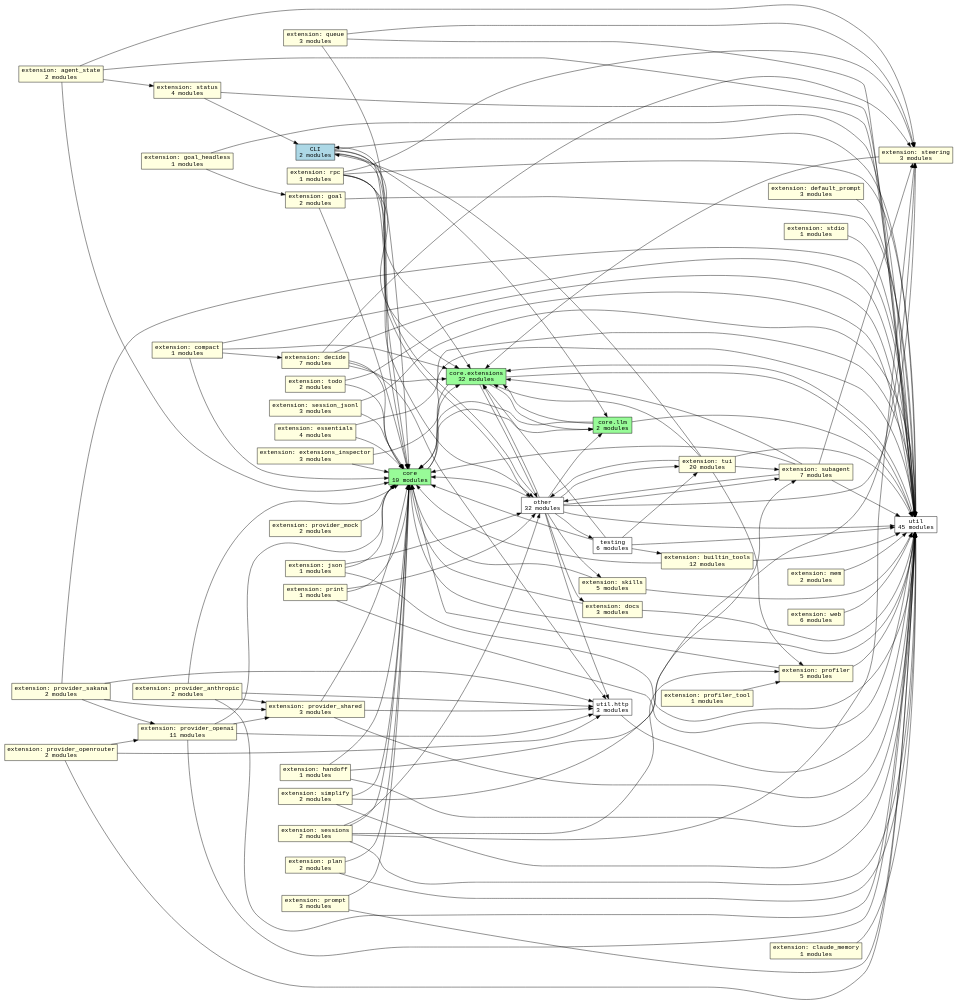
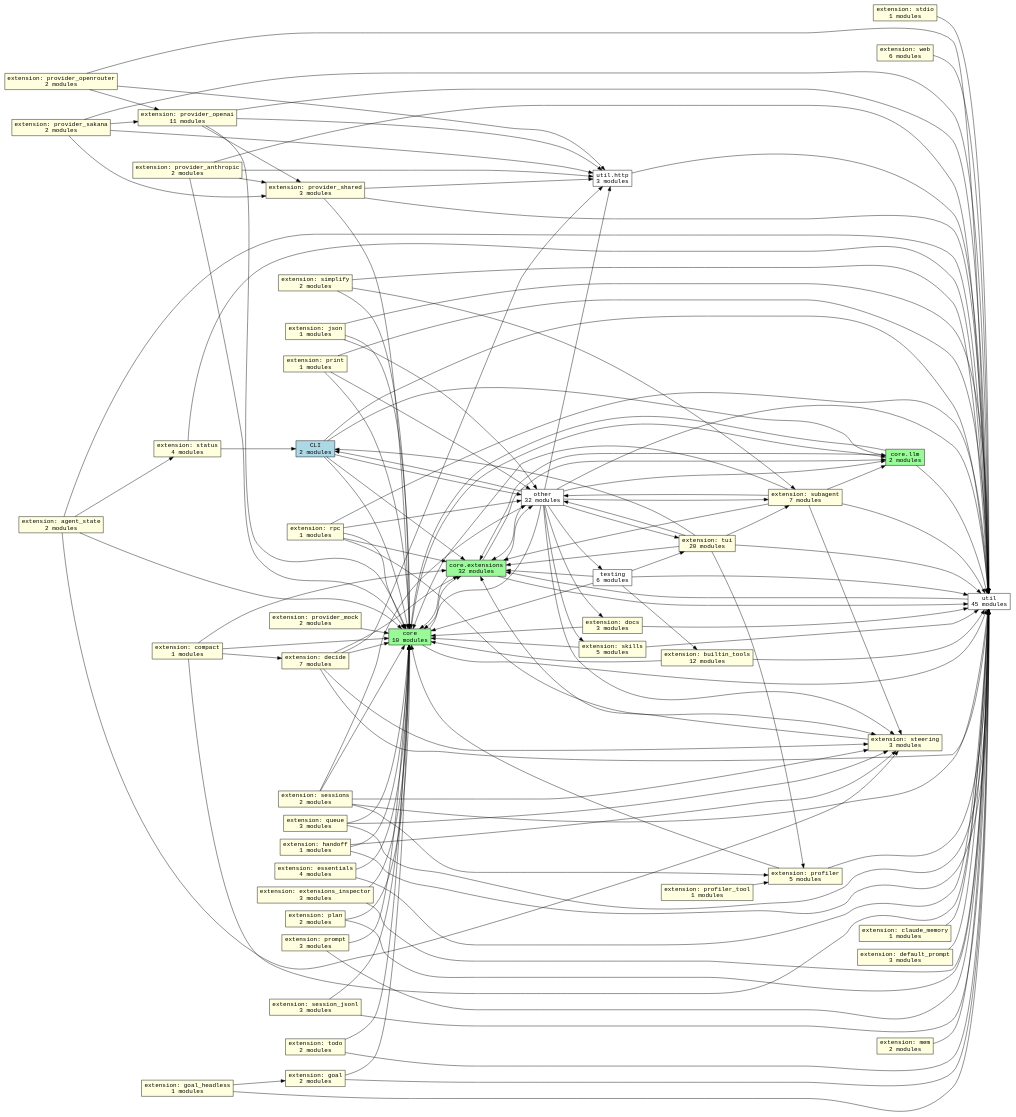
One commit to acmiyaguchi/fen changed the diagram in docs/graphs/subsystems.dot. Above: the diagram before and after it, drawn with Graphviz. The commit also changed 11 other files, not shown here.

```diff
--- a/docs/graphs/subsystems.dot
+++ b/docs/graphs/subsystems.dot
@@ -1,186 +1,187 @@
 digraph fen_subsystems {
   graph [rankdir=LR];
   node [shape=box, fontname="monospace"];
   edge [fontname="monospace"];
   "cli" [fillcolor="lightblue", label="CLI\n2 modules", style="filled"];
   "core" [fillcolor="palegreen", label="core\n10 modules", style="filled"];
   "core.extensions" [fillcolor="palegreen", label="core.extensions\n32 modules", style="filled"];
   "core.llm" [fillcolor="palegreen", label="core.llm\n2 modules", style="filled"];
   "extension.agent_state" [fillcolor="lightyellow", label="extension: agent_state\n2 modules", style="filled"];
   "extension.builtin_tools" [fillcolor="lightyellow", label="extension: builtin_tools\n12 modules", style="filled"];
   "extension.claude_memory" [fillcolor="lightyellow", label="extension: claude_memory\n1 modules", style="filled"];
   "extension.compact" [fillcolor="lightyellow", label="extension: compact\n1 modules", style="filled"];
   "extension.decide" [fillcolor="lightyellow", label="extension: decide\n7 modules", style="filled"];
   "extension.default_prompt" [fillcolor="lightyellow", label="extension: default_prompt\n3 modules", style="filled"];
   "extension.docs" [fillcolor="lightyellow", label="extension: docs\n3 modules", style="filled"];
   "extension.essentials" [fillcolor="lightyellow", label="extension: essentials\n4 modules", style="filled"];
   "extension.extensions_inspector" [fillcolor="lightyellow", label="extension: extensions_inspector\n3 modules", style="filled"];
   "extension.goal" [fillcolor="lightyellow", label="extension: goal\n2 modules", style="filled"];
   "extension.goal_headless" [fillcolor="lightyellow", label="extension: goal_headless\n1 modules", style="filled"];
   "extension.handoff" [fillcolor="lightyellow", label="extension: handoff\n1 modules", style="filled"];
   "extension.json" [fillcolor="lightyellow", label="extension: json\n1 modules", style="filled"];
   "extension.mem" [fillcolor="lightyellow", label="extension: mem\n2 modules", style="filled"];
   "extension.plan" [fillcolor="lightyellow", label="extension: plan\n2 modules", style="filled"];
   "extension.print" [fillcolor="lightyellow", label="extension: print\n1 modules", style="filled"];
   "extension.profiler" [fillcolor="lightyellow", label="extension: profiler\n5 modules", style="filled"];
   "extension.profiler_tool" [fillcolor="lightyellow", label="extension: profiler_tool\n1 modules", style="filled"];
   "extension.prompt" [fillcolor="lightyellow", label="extension: prompt\n3 modules", style="filled"];
   "extension.provider_anthropic" [fillcolor="lightyellow", label="extension: provider_anthropic\n2 modules", style="filled"];
   "extension.provider_mock" [fillcolor="lightyellow", label="extension: provider_mock\n2 modules", style="filled"];
   "extension.provider_openai" [fillcolor="lightyellow", label="extension: provider_openai\n11 modules", style="filled"];
   "extension.provider_openrouter" [fillcolor="lightyellow", label="extension: provider_openrouter\n2 modules", style="filled"];
   "extension.provider_sakana" [fillcolor="lightyellow", label="extension: provider_sakana\n2 modules", style="filled"];
   "extension.provider_shared" [fillcolor="lightyellow", label="extension: provider_shared\n3 modules", style="filled"];
   "extension.queue" [fillcolor="lightyellow", label="extension: queue\n3 modules", style="filled"];
   "extension.rpc" [fillcolor="lightyellow", label="extension: rpc\n1 modules", style="filled"];
   "extension.session_jsonl" [fillcolor="lightyellow", label="extension: session_jsonl\n3 modules", style="filled"];
   "extension.sessions" [fillcolor="lightyellow", label="extension: sessions\n2 modules", style="filled"];
   "extension.simplify" [fillcolor="lightyellow", label="extension: simplify\n2 modules", style="filled"];
   "extension.skills" [fillcolor="lightyellow", label="extension: skills\n5 modules", style="filled"];
   "extension.status" [fillcolor="lightyellow", label="extension: status\n4 modules", style="filled"];
   "extension.stdio" [fillcolor="lightyellow", label="extension: stdio\n1 modules", style="filled"];
   "extension.steering" [fillcolor="lightyellow", label="extension: steering\n3 modules", style="filled"];
   "extension.subagent" [fillcolor="lightyellow", label="extension: subagent\n7 modules", style="filled"];
   "extension.todo" [fillcolor="lightyellow", label="extension: todo\n2 modules", style="filled"];
   "extension.tui" [fillcolor="lightyellow", label="extension: tui\n20 modules", style="filled"];
   "extension.web" [fillcolor="lightyellow", label="extension: web\n6 modules", style="filled"];
   "other" [fillcolor="white", label="other\n32 modules", style="filled"];
   "testing" [fillcolor="white", label="testing\n6 modules", style="filled"];
   "util" [fillcolor="white", label="util\n45 modules", style="filled"];
   "util.http" [fillcolor="white", label="util.http\n3 modules", style="filled"];
   "cli" -> "core";
   "cli" -> "core.extensions";
   "cli" -> "core.llm";
   "cli" -> "other";
   "cli" -> "util";
   "core" -> "core.extensions";
   "core" -> "core.llm";
   "core" -> "util";
   "core.extensions" -> "core";
   "core.extensions" -> "core.llm";
   "core.extensions" -> "other";
   "core.extensions" -> "util";
   "core.llm" -> "core";
   "core.llm" -> "core.extensions";
   "core.llm" -> "util";
   "extension.agent_state" -> "core";
   "extension.agent_state" -> "extension.status";
   "extension.agent_state" -> "extension.steering";
   "extension.agent_state" -> "util";
   "extension.builtin_tools" -> "core";
   "extension.builtin_tools" -> "util";
   "extension.claude_memory" -> "util";
   "extension.compact" -> "core";
   "extension.compact" -> "core.extensions";
   "extension.compact" -> "extension.decide";
   "extension.compact" -> "util";
   "extension.decide" -> "core";
   "extension.decide" -> "core.extensions";
   "extension.decide" -> "extension.steering";
   "extension.decide" -> "util";
   "extension.decide" -> "util.http";
   "extension.default_prompt" -> "util";
   "extension.docs" -> "core";
   "extension.docs" -> "util";
   "extension.essentials" -> "core";
   "extension.essentials" -> "util";
   "extension.extensions_inspector" -> "core";
   "extension.extensions_inspector" -> "util";
   "extension.goal" -> "core";
   "extension.goal" -> "util";
   "extension.goal_headless" -> "extension.goal";
   "extension.goal_headless" -> "util";
   "extension.handoff" -> "core";
   "extension.handoff" -> "extension.steering";
   "extension.handoff" -> "util";
   "extension.json" -> "core";
   "extension.json" -> "other";
   "extension.json" -> "util";
   "extension.mem" -> "util";
   "extension.plan" -> "core";
   "extension.plan" -> "util";
   "extension.print" -> "core";
   "extension.print" -> "other";
   "extension.print" -> "util";
   "extension.profiler" -> "core";
   "extension.profiler" -> "util";
   "extension.profiler_tool" -> "extension.profiler";
   "extension.prompt" -> "core";
   "extension.prompt" -> "util";
   "extension.provider_anthropic" -> "core";
   "extension.provider_anthropic" -> "extension.provider_shared";
   "extension.provider_anthropic" -> "util";
   "extension.provider_anthropic" -> "util.http";
   "extension.provider_mock" -> "core";
   "extension.provider_openai" -> "core";
   "extension.provider_openai" -> "extension.provider_shared";
   "extension.provider_openai" -> "util";
   "extension.provider_openai" -> "util.http";
   "extension.provider_openrouter" -> "extension.provider_openai";
   "extension.provider_openrouter" -> "util";
   "extension.provider_openrouter" -> "util.http";
   "extension.provider_sakana" -> "extension.provider_openai";
   "extension.provider_sakana" -> "extension.provider_shared";
   "extension.provider_sakana" -> "util";
   "extension.provider_sakana" -> "util.http";
   "extension.provider_shared" -> "core";
   "extension.provider_shared" -> "util";
   "extension.provider_shared" -> "util.http";
   "extension.queue" -> "core";
   "extension.queue" -> "extension.steering";
   "extension.queue" -> "util";
   "extension.rpc" -> "core";
   "extension.rpc" -> "core.extensions";
   "extension.rpc" -> "extension.steering";
   "extension.rpc" -> "other";
   "extension.rpc" -> "util";
   "extension.session_jsonl" -> "core";
   "extension.session_jsonl" -> "util";
   "extension.sessions" -> "core";
   "extension.sessions" -> "extension.profiler";
   "extension.sessions" -> "extension.steering";
   "extension.sessions" -> "other";
   "extension.sessions" -> "util";
   "extension.simplify" -> "core";
   "extension.simplify" -> "extension.subagent";
   "extension.simplify" -> "util";
   "extension.skills" -> "core";
   "extension.skills" -> "util";
   "extension.status" -> "cli";
   "extension.status" -> "util";
   "extension.stdio" -> "util";
   "extension.steering" -> "core.extensions";
   "extension.subagent" -> "core";
   "extension.subagent" -> "core.extensions";
+  "extension.subagent" -> "core.llm";
   "extension.subagent" -> "extension.steering";
   "extension.subagent" -> "other";
   "extension.subagent" -> "util";
   "extension.todo" -> "core";
   "extension.todo" -> "util";
   "extension.tui" -> "cli";
   "extension.tui" -> "core.extensions";
   "extension.tui" -> "extension.profiler";
   "extension.tui" -> "extension.subagent";
   "extension.tui" -> "other";
   "extension.tui" -> "util";
   "extension.web" -> "util";
   "other" -> "cli";
   "other" -> "core";
   "other" -> "core.extensions";
   "other" -> "core.llm";
   "other" -> "extension.docs";
   "other" -> "extension.skills";
   "other" -> "extension.steering";
   "other" -> "extension.subagent";
   "other" -> "extension.tui";
   "other" -> "testing";
   "other" -> "util";
   "other" -> "util.http";
   "testing" -> "core";
   "testing" -> "core.extensions";
   "testing" -> "extension.builtin_tools";
   "testing" -> "extension.tui";
   "testing" -> "util";
   "util" -> "core.extensions";
   "util.http" -> "util";
 }
```
